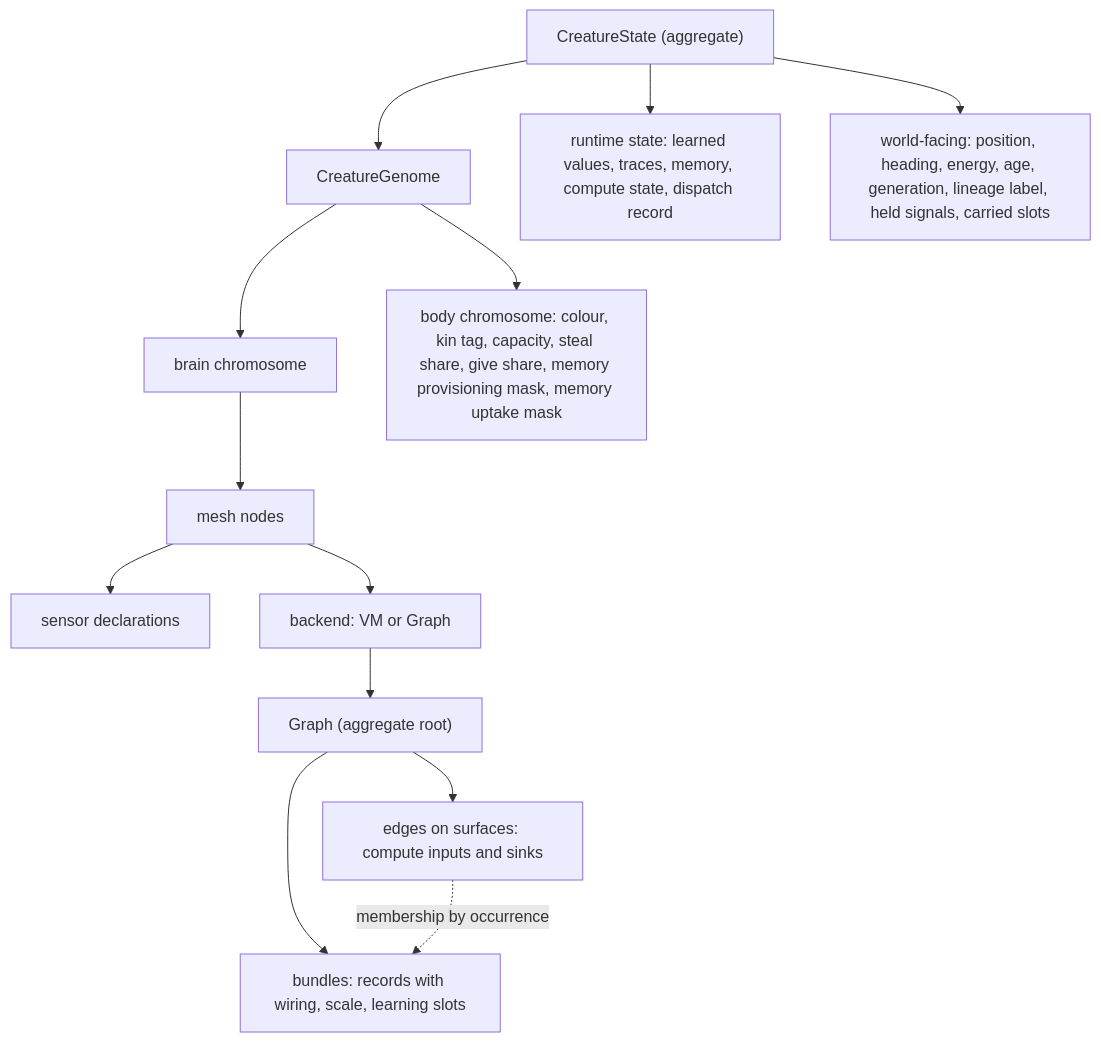
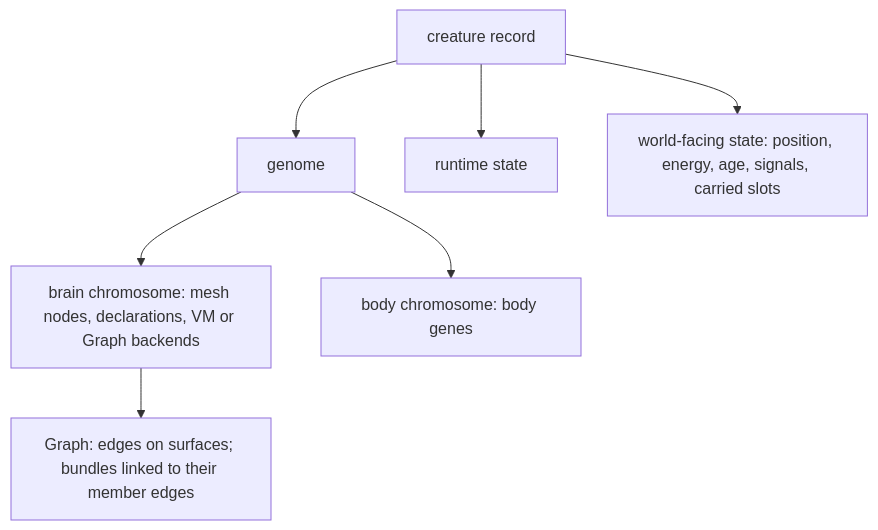
Before and after one commit to iadknet/petri: the second of 2 diagrams in docs/architecture.md, drawn with Mermaid. The commit also changed other lines of this file and 22 other files, not shown here.

First line of the commit message:
docs(architecture): trim to five sections, a dependency order, six T30 rows and lighter hooks

````diff
--- a/docs/architecture.md
+++ b/docs/architecture.md
@@ -150,15 +112,9 @@
 ```mermaid
 flowchart TD
-  CS["CreatureState (aggregate)"] --> G["CreatureGenome"]
-  CS --> RT["runtime state: learned values, traces, memory, compute state, dispatch record"]
-  CS --> W["world-facing: position, heading, energy, age, generation, lineage label, held signals, carried slots"]
-  G --> BR["brain chromosome"]
-  G --> BO["body chromosome: colour, kin tag, capacity, steal share, give share, memory provisioning mask, memory uptake mask"]
-  BR --> N["mesh nodes"]
-  N --> D["sensor declarations"]
-  N --> B["backend: VM or Graph"]
-  B --> GR["Graph (aggregate root)"]
-  GR --> E["edges on surfaces: compute inputs and sinks"]
-  GR --> BU["bundles: records with wiring, scale, learning slots"]
-  E -.->|"membership by occurrence"| BU
+  CS["creature record"] --> G["genome"]
+  CS --> RT["runtime state"]
+  CS --> W["world-facing state: position, energy, age, signals, carried slots"]
+  G --> BR["brain chromosome: mesh nodes, declarations, VM or Graph backends"]
+  G --> BO["body chromosome: body genes"]
+  BR --> GR["Graph: edges on surfaces; bundles linked to their member edges"]
 ```
````
